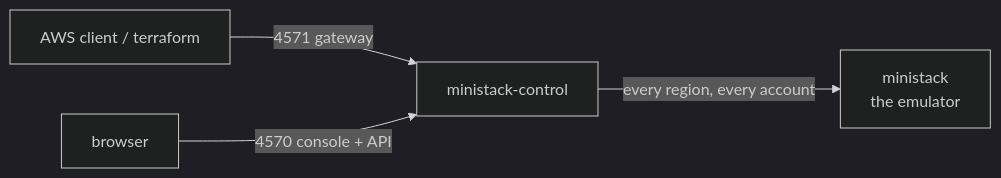
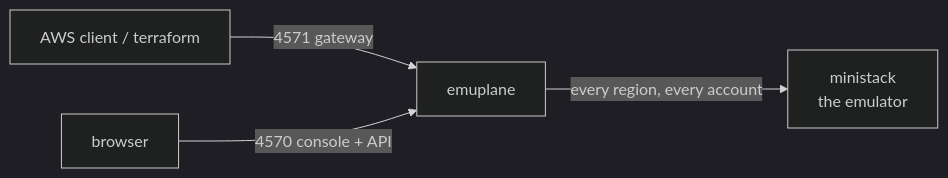
One commit to mathewmusango/emuplane changed the diagram in README.md. Above: the diagram before and after it, drawn with Mermaid (dark theme). The commit also changed other lines of this file and 5 other files, not shown here.

````diff
--- a/README.md
+++ b/README.md
@@ -107,6 +107,6 @@
 ```mermaid
 flowchart LR
-    client[AWS client / terraform] -->|4571 gateway| control[ministack-control]
+    client[AWS client / terraform] -->|4571 gateway| control[emuplane]
     control -->|"every region, every account"| node[ministack<br/>the emulator]
     browser[browser] -->|"4570 console + API"| control
 ```
````
